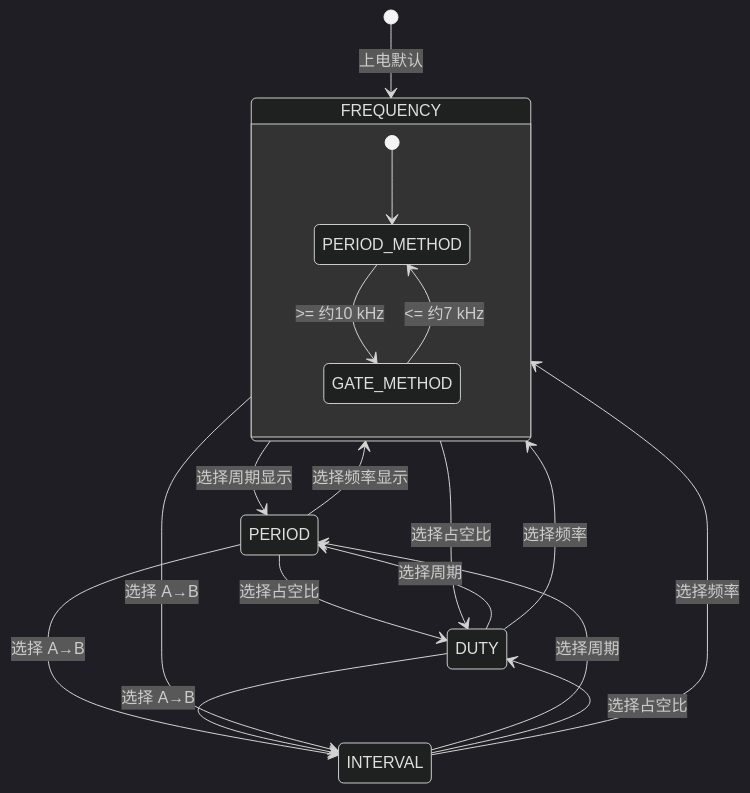
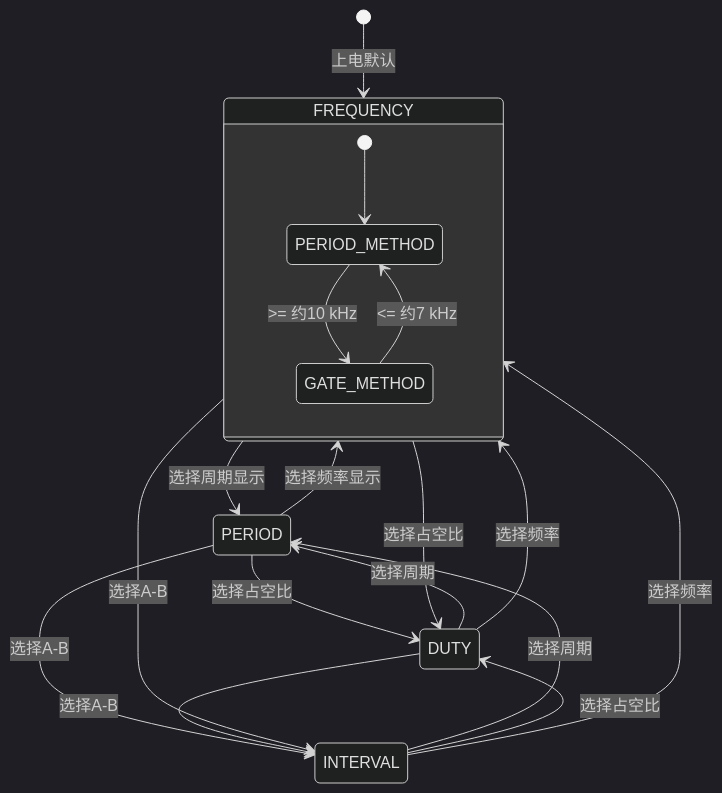
One commit to shalebao3/embed-2015F-DigitalFrequencyMeter changed the second of 3 diagrams in README.md. Above: the diagram before and after it, drawn with Mermaid (dark theme). The commit also changed other lines of this file, not shown here.

Commit message:
docs: sync README with modular firmware architecture

````diff
--- a/README.md
+++ b/README.md
@@ -56,25 +130,25 @@
 ```mermaid
 stateDiagram-v2
     [*] --> FREQUENCY: 上电默认
 
     FREQUENCY --> PERIOD: 选择周期显示
     PERIOD --> FREQUENCY: 选择频率显示
 
     FREQUENCY --> DUTY: 选择占空比
     PERIOD --> DUTY: 选择占空比
     DUTY --> FREQUENCY: 选择频率
     DUTY --> PERIOD: 选择周期
 
-    FREQUENCY --> INTERVAL: 选择 A→B
-    PERIOD --> INTERVAL: 选择 A→B
-    DUTY --> INTERVAL: 选择 A→B
+    FREQUENCY --> INTERVAL: 选择A-B
+    PERIOD --> INTERVAL: 选择A-B
+    DUTY --> INTERVAL: 选择A-B
     INTERVAL --> FREQUENCY: 选择频率
     INTERVAL --> PERIOD: 选择周期
     INTERVAL --> DUTY: 选择占空比
 
     state FREQUENCY {
         [*] --> PERIOD_METHOD
         PERIOD_METHOD --> GATE_METHOD: >= 约10 kHz
         GATE_METHOD --> PERIOD_METHOD: <= 约7 kHz
     }
 ```
````
